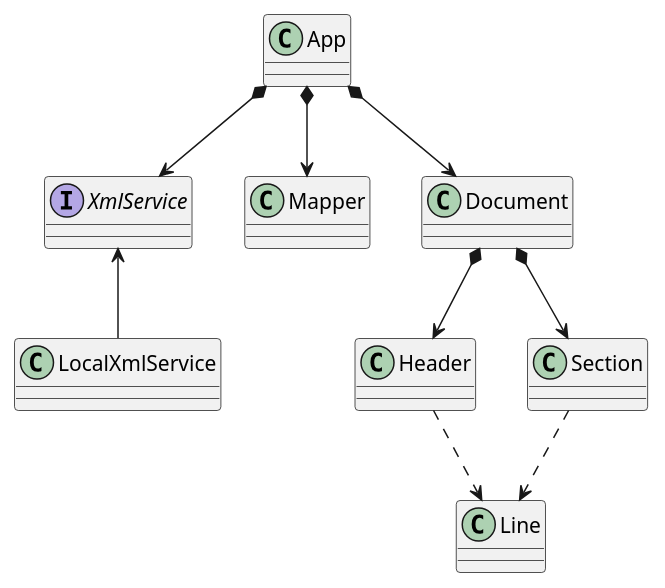
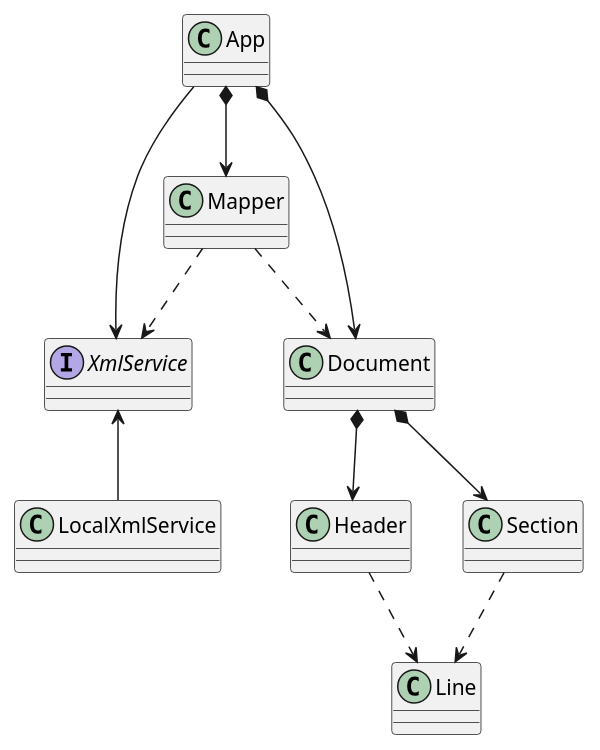
One commit to jumpering/xmlReaderApp changed the diagram in src/domainModel.puml. Above: the diagram before and after it, drawn with PlantUML. The commit also changed 1 other file, not shown here.

Commit message:
refactor UML

```diff
--- a/src/domainModel.puml
+++ b/src/domainModel.puml
@@ -1,20 +1,23 @@
 @startuml
 class App
 interface XmlService
 class LocalXmlService
 class Mapper
 class Document
 class Header
 class Section
 class Line
 
-App *--> XmlService
+App --> XmlService
 XmlService <-- LocalXmlService
 App *--> Mapper
 App *--> Document
 Document *--> Header
 Document *--> Section
 
+Mapper ..> Document
+Mapper ..> XmlService
+
 Header ..> Line
 Section ..> Line
 @enduml
```
